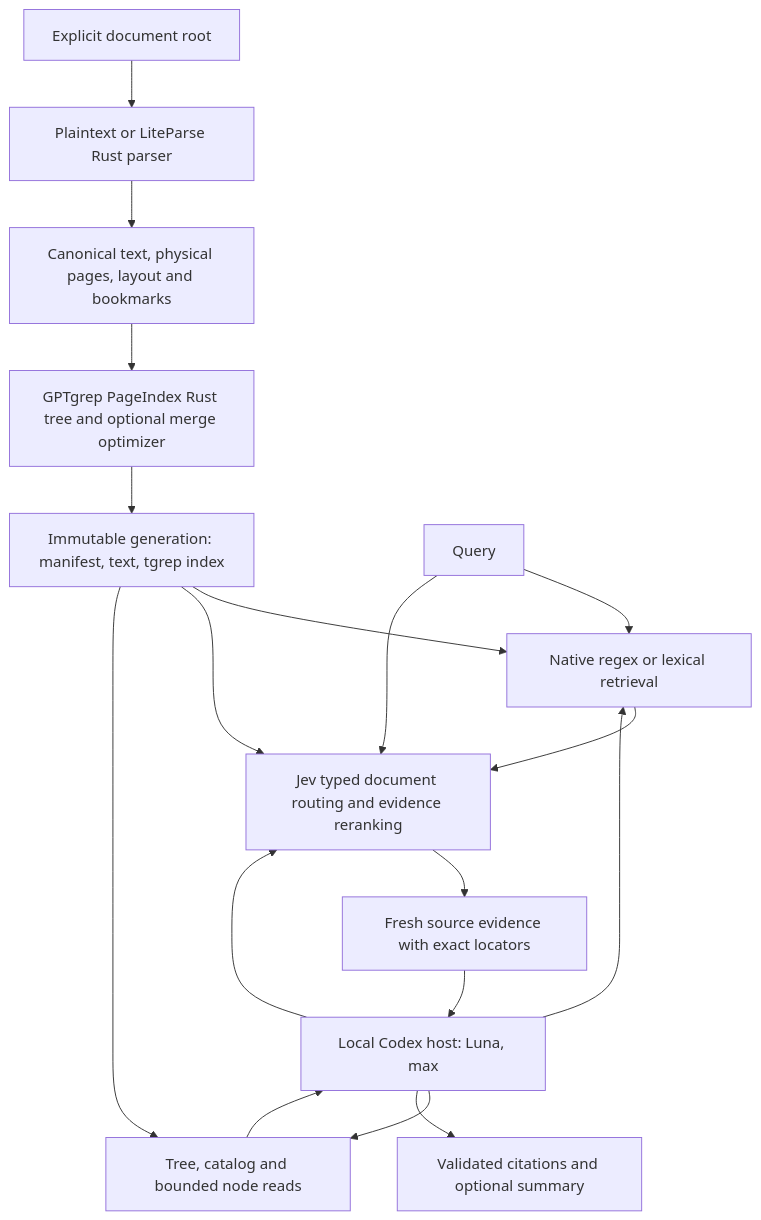
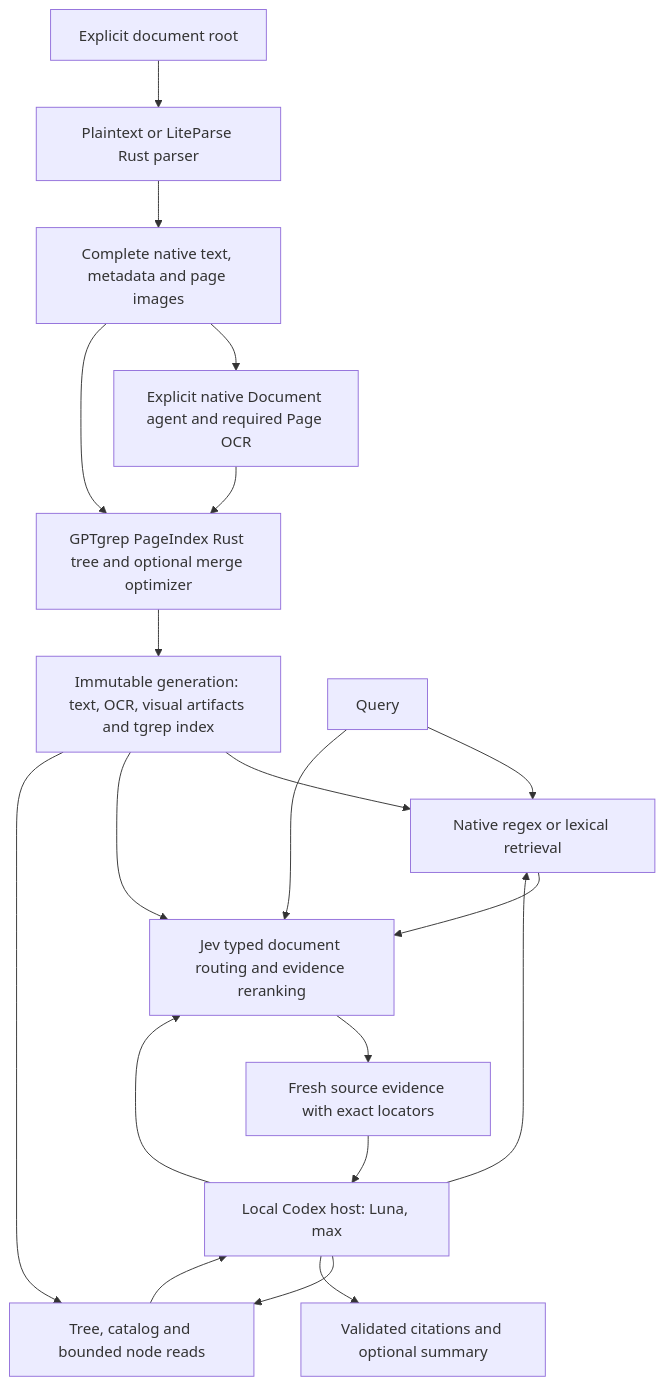
The diagram in docs/architecture.md (lwyBZss8924d/gptgrep), drawn with Mermaid before and after one commit. The commit also changed other lines of this file and 39 other files, not shown here.

First line of the commit message:
fix: bind native OCR regions and prepare current Decisions integration

````diff
--- a/docs/architecture.md
+++ b/docs/architecture.md
@@ -11,20 +11,22 @@
 ```mermaid
 flowchart TD
   A[Explicit document root] --> B[Plaintext or LiteParse Rust parser]
-  B --> C[Canonical text, physical pages, layout and bookmarks]
+  B --> C[Complete native text, metadata and page images]
+  C --> P[Explicit native Document agent and required Page OCR]
+  P --> D
   C --> D[GPTgrep PageIndex Rust tree and optional merge optimizer]
-  D --> E[Immutable generation: manifest, text, tgrep index]
+  D --> E[Immutable generation: text, OCR, visual artifacts and tgrep index]
   Q[Query] --> F[Native regex or lexical retrieval]
   E --> F
   Q --> G[Jev typed document routing and evidence reranking]
   E --> G
   F --> G
   G --> H[Fresh source evidence with exact locators]
   I[Local Codex host: Luna, max] --> F
   I --> G
   I --> J[Tree, catalog and bounded node reads]
   E --> J
   H --> I
   J --> I
   I --> K[Validated citations and optional summary]
 ```
````
